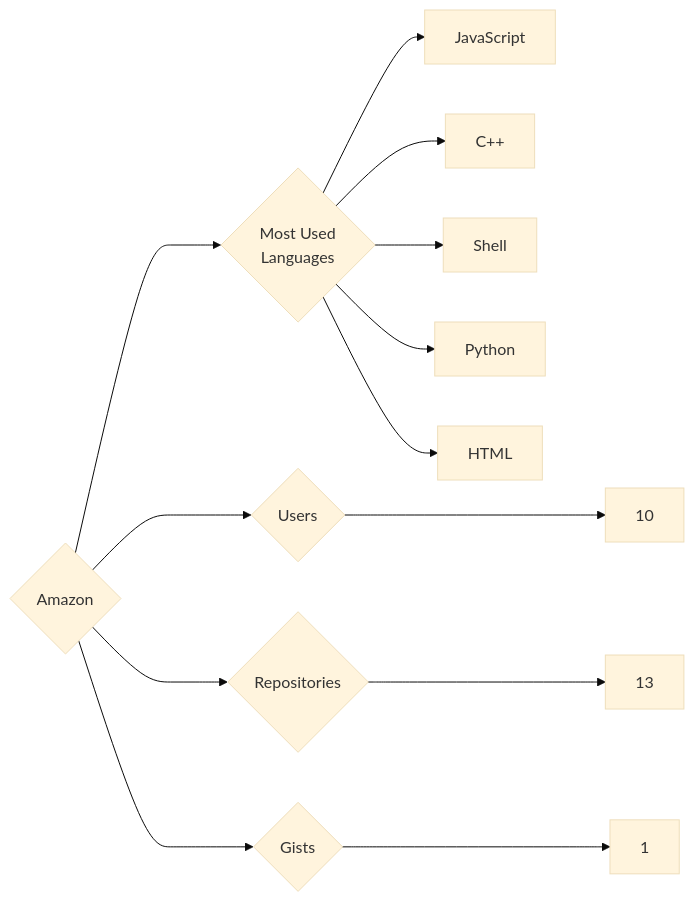
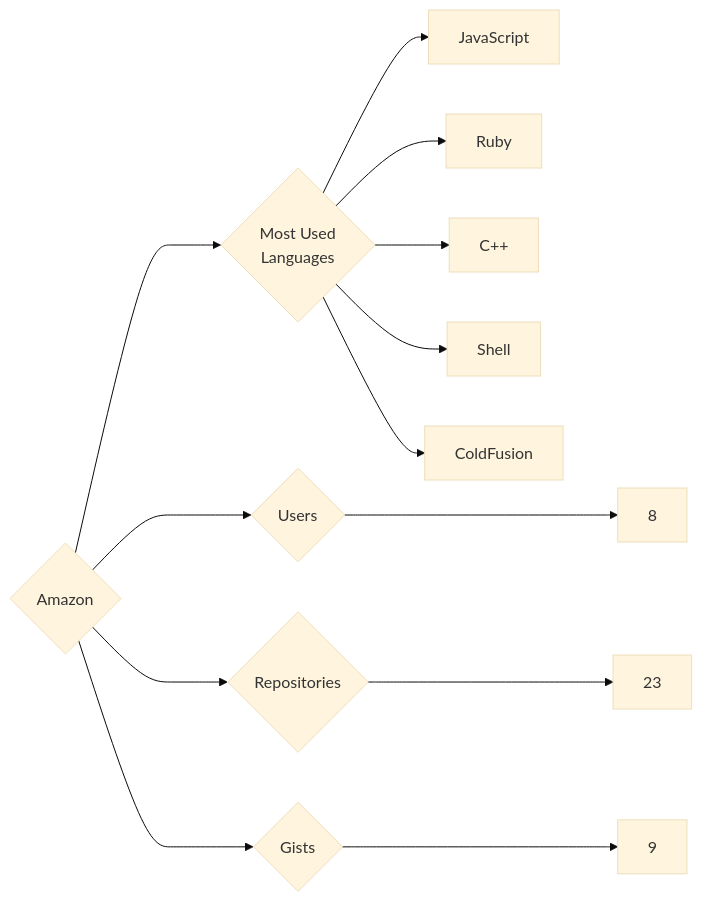
Before and after one commit to trickest/insiders: the diagram in targets/Amazon/README.md, drawn with Mermaid (base theme). The commit also changed 998 other files, not shown here.

````diff
--- a/targets/Amazon/README.md
+++ b/targets/Amazon/README.md
@@ -3,13 +3,13 @@
 ```mermaid
 graph LR
 COMPANY_NAME{Amazon}
-COMPANY_NAME ---> U{Users} ---> UN[10]
-COMPANY_NAME ---> R{Repositories} ---> RN[13]
-COMPANY_NAME ---> G{Gists} ---> GN[1]
+COMPANY_NAME ---> U{Users} ---> UN[8]
+COMPANY_NAME ---> R{Repositories} ---> RN[23]
+COMPANY_NAME ---> G{Gists} ---> GN[9]
 COMPANY_NAME ---> ML{Most Used<br>Languages}
 ML --> JavaScript[JavaScript]
+ML --> Ruby[Ruby]
 ML --> C++[C++]
 ML --> Shell[Shell]
-ML --> Python[Python]
-ML --> HTML[HTML]
+ML --> ColdFusion[ColdFusion]
 ```
````
